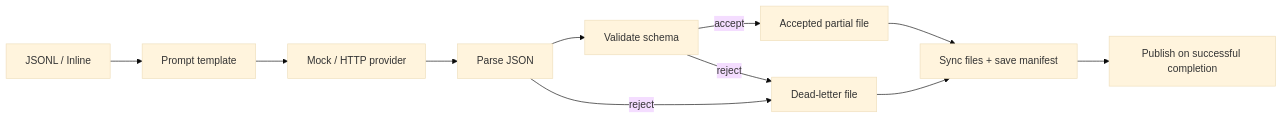
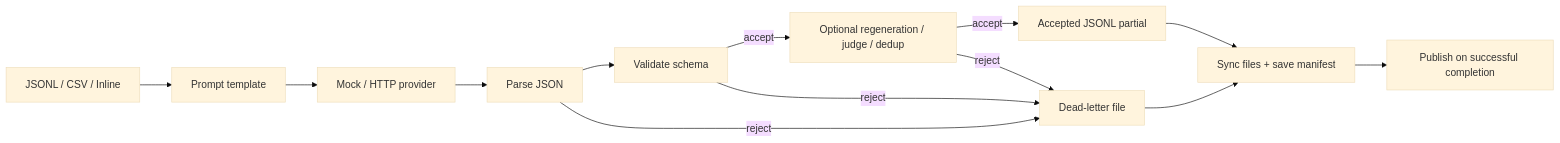
The first of 2 diagrams in docs/TEACHING_GUIDE.md (a49a/synth-flow), drawn with Mermaid (base theme) before and after one commit. The commit also changed other lines of this file and 5 other files, not shown here.

````diff
--- a/docs/TEACHING_GUIDE.md
+++ b/docs/TEACHING_GUIDE.md
@@ -11,13 +11,15 @@
 ```mermaid
 flowchart LR
-    S[JSONL / Inline] --> T[Prompt template]
+    S[JSONL / CSV / Inline] --> T[Prompt template]
     T --> P[Mock / HTTP provider]
     P --> J[Parse JSON]
     J --> V[Validate schema]
-    V -->|accept| A[Accepted partial file]
+    V -->|accept| R[Optional regeneration / judge / dedup]
+    R -->|accept| A[Accepted JSONL partial]
+    R -->|reject| D
     J -->|reject| D[Dead-letter file]
     V -->|reject| D
     A --> C[Sync files + save manifest]
     D --> C
     C --> F[Publish on successful completion]
 ```
````
